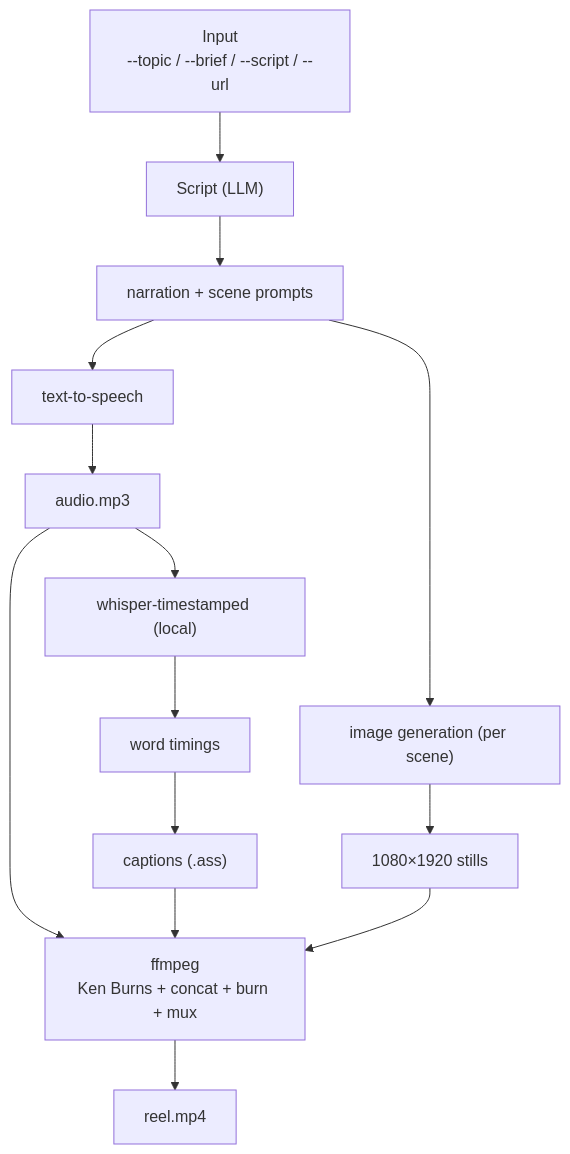
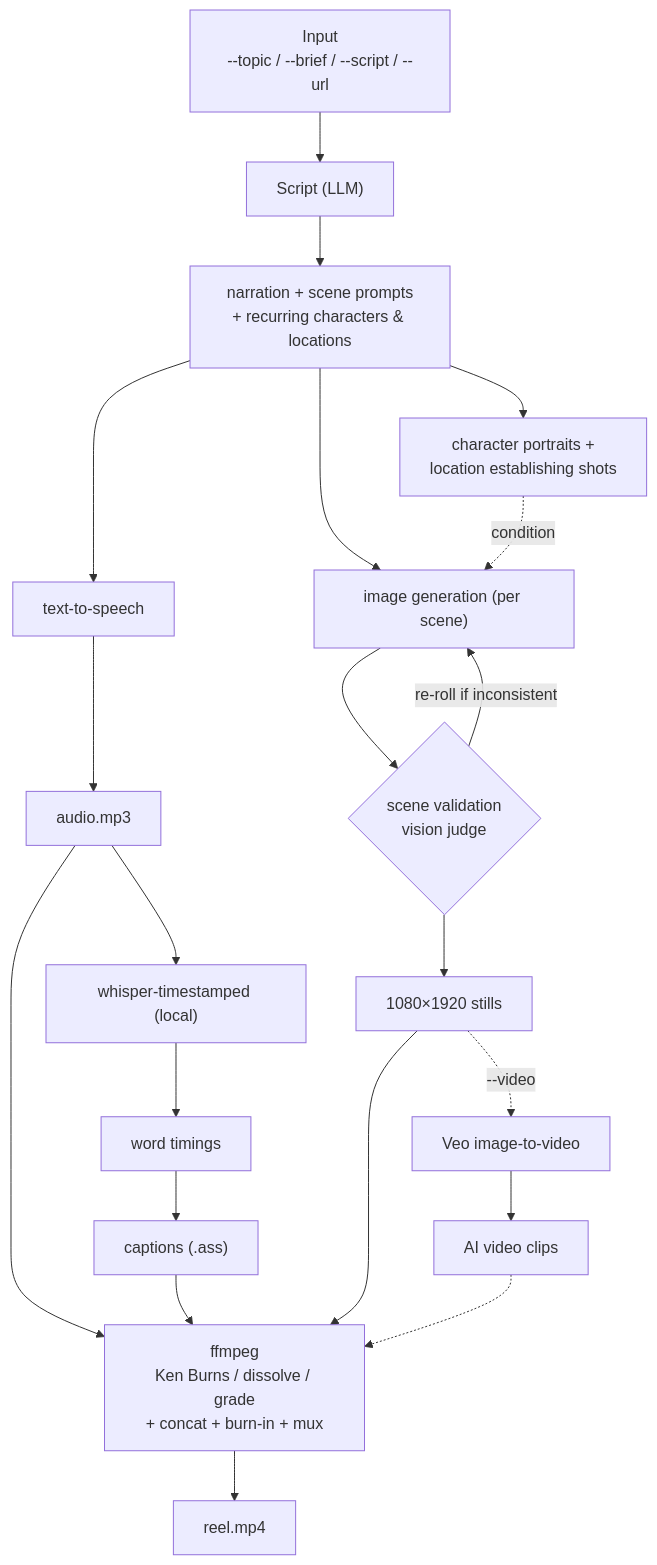
Before and after one commit to spunkytensor/reel-maestro: the first of 2 diagrams in README.md, drawn with Mermaid. The commit also changed other lines of this file, not shown here.

Commit message:
Update README (#7)

````diff
--- a/README.md
+++ b/README.md
@@ -20,14 +20,22 @@
 ```mermaid
 flowchart TD
     input["Input<br/>--topic / --brief / --script / --url"] --> script["Script (LLM)"]
-    script --> plan["narration + scene prompts"]
+    script --> plan["narration + scene prompts<br/>+ recurring characters & locations"]
 
     plan --> tts["text-to-speech"] --> audio["audio.mp3"]
     audio --> whisper["whisper-timestamped (local)"] --> words["word timings"] --> caps["captions (.ass)"]
-    plan --> img["image generation (per scene)"] --> stills["1080×1920 stills"]
 
-    audio --> ff["ffmpeg<br/>Ken Burns + concat + burn + mux"]
+    plan --> refs["character portraits +<br/>location establishing shots"]
+    plan --> img["image generation (per scene)"]
+    refs -.->|"condition"| img
+    img --> judge{"scene validation<br/>vision judge"}
+    judge -->|"re-roll if inconsistent"| img
+    judge --> stills["1080×1920 stills"]
+    stills -.->|"--video"| veo["Veo image-to-video"] --> clips["AI video clips"]
+
+    audio --> ff["ffmpeg<br/>Ken Burns / dissolve / grade<br/>+ concat + burn-in + mux"]
     caps --> ff
     stills --> ff
+    clips -.-> ff
     ff --> reel["reel.mp4"]
 ```
````
